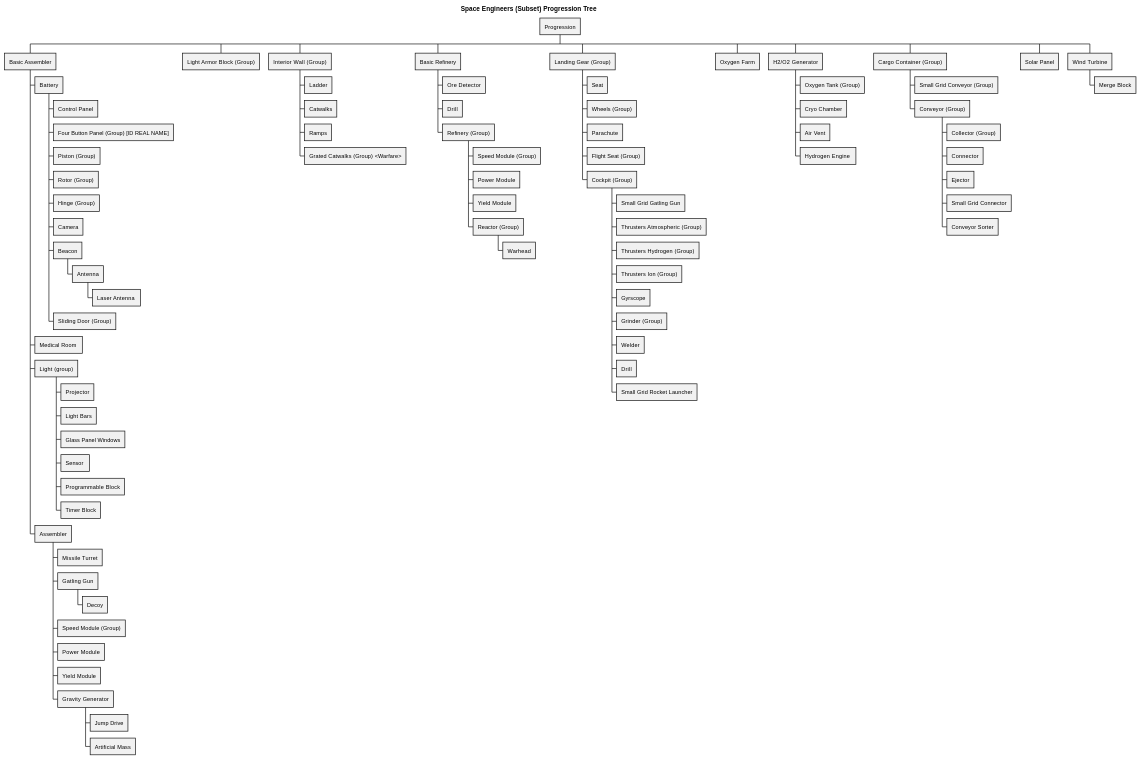
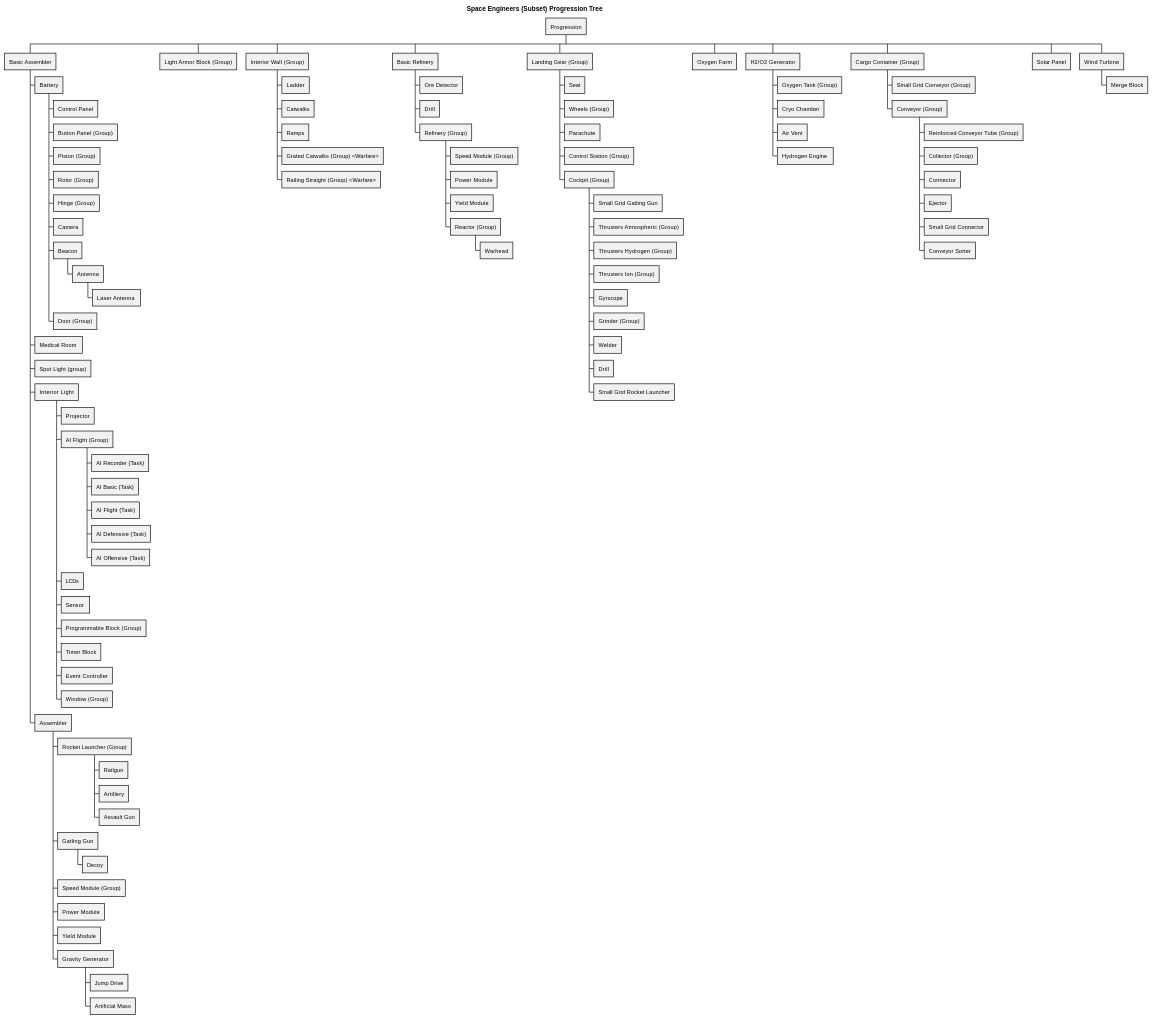
The diagram in README.md (ActuallyFro/SpaceEngineersProgression), drawn with PlantUML before and after one commit.

Commit message:
{README} Calling this fixed

```diff
--- a/README.md
+++ b/README.md
@@ -23,7 +23,7 @@
 ++ Basic Assembler
 +++ Battery
 ++++ Control Panel
-++++ Four Button Panel (Group) [ID REAL NAME]
+++++ Button Panel (Group)
 ++++ Piston (Group)
 ++++ Rotor (Group)
 ++++ Hinge (Group)
@@ -31,17 +31,28 @@
 ++++ Beacon
 +++++ Antenna
 ++++++ Laser Antenna 
-++++ Sliding Door (Group)
+++++ Door (Group)
 +++ Medical Room 
-+++ Light (group)
++++ Spot Light (group)
++++ Interior Light
 ++++ Projector
-++++ Light Bars
-++++ Glass Panel Windows
+++++ AI Flight (Group)
++++++ AI Recorder {Task}
++++++ AI Basic {Task}
++++++ AI Flight {Task}
++++++ AI Defensive {Task}
++++++ AI Offensive {Task}
+++++ LCDs
 ++++ Sensor 
-++++ Programmable Block
+++++ Programmable Block (Group)
 ++++ Timer Block
+++++ Event Controller
+++++ Window (Group)
 +++ Assembler
-++++ Missile Turret
+++++ Rocket Launcher (Group)
++++++ Railgun
++++++ Artillery
++++++ Assault Gun
 ++++ Gatling Gun
 +++++ Decoy
 ++++ Speed Module (Group)
@@ -56,6 +67,7 @@
 +++ Catwalks
 +++ Ramps
 +++ Grated Catwalks (Group) <Warfare>
++++ Railing Straight (Group) <Warfare>
 ++ Basic Refinery
 +++ Ore Detector
 +++ Drill
@@ -69,7 +81,7 @@
 +++ Seat
 +++ Wheels (Group)
 +++ Parachute
-+++ Flight Seat (Group)
++++ Control Station (Group)
 +++ Cockpit (Group)
 ++++ Small Grid Gatling Gun
 ++++ Thrusters Atmospheric (Group)
@@ -89,6 +101,7 @@
 ++ Cargo Container (Group)
 +++ Small Grid Conveyor (Group)
 +++ Conveyor (Group)
+++++ Reinforced Conveyor Tube (Group)
 ++++ Collector (Group)
 ++++ Connector
 ++++ Ejector
```
